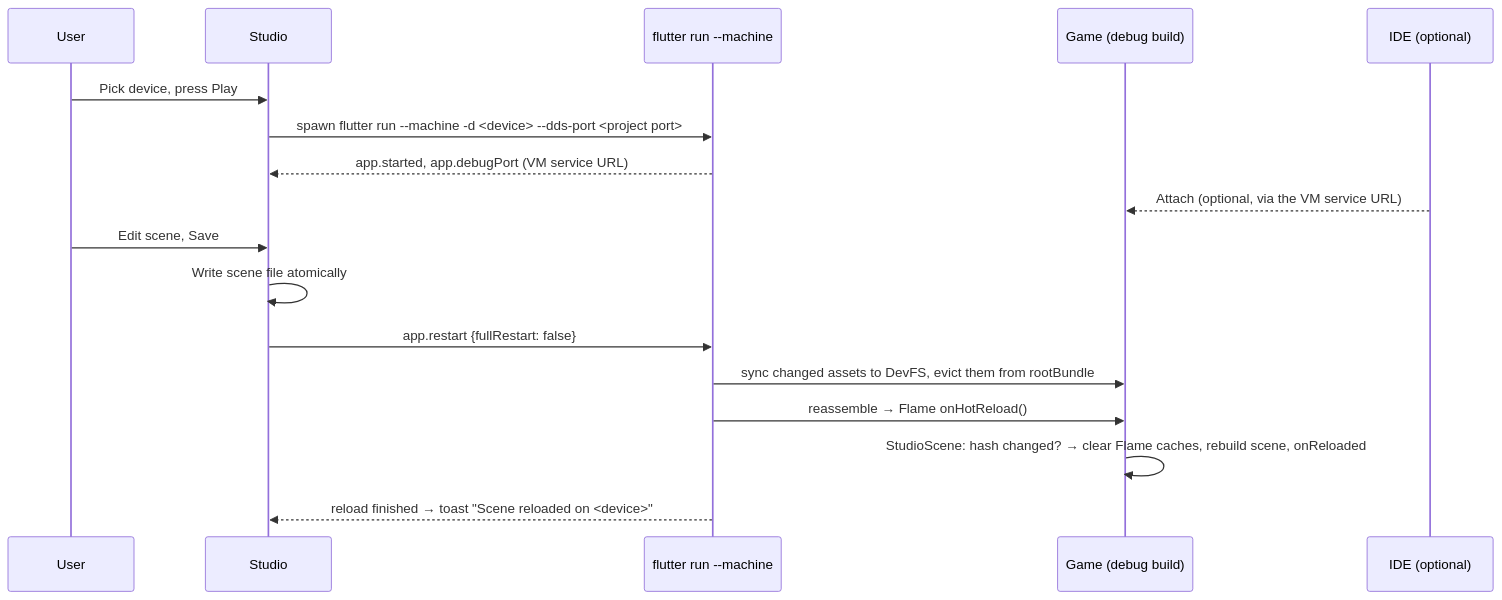
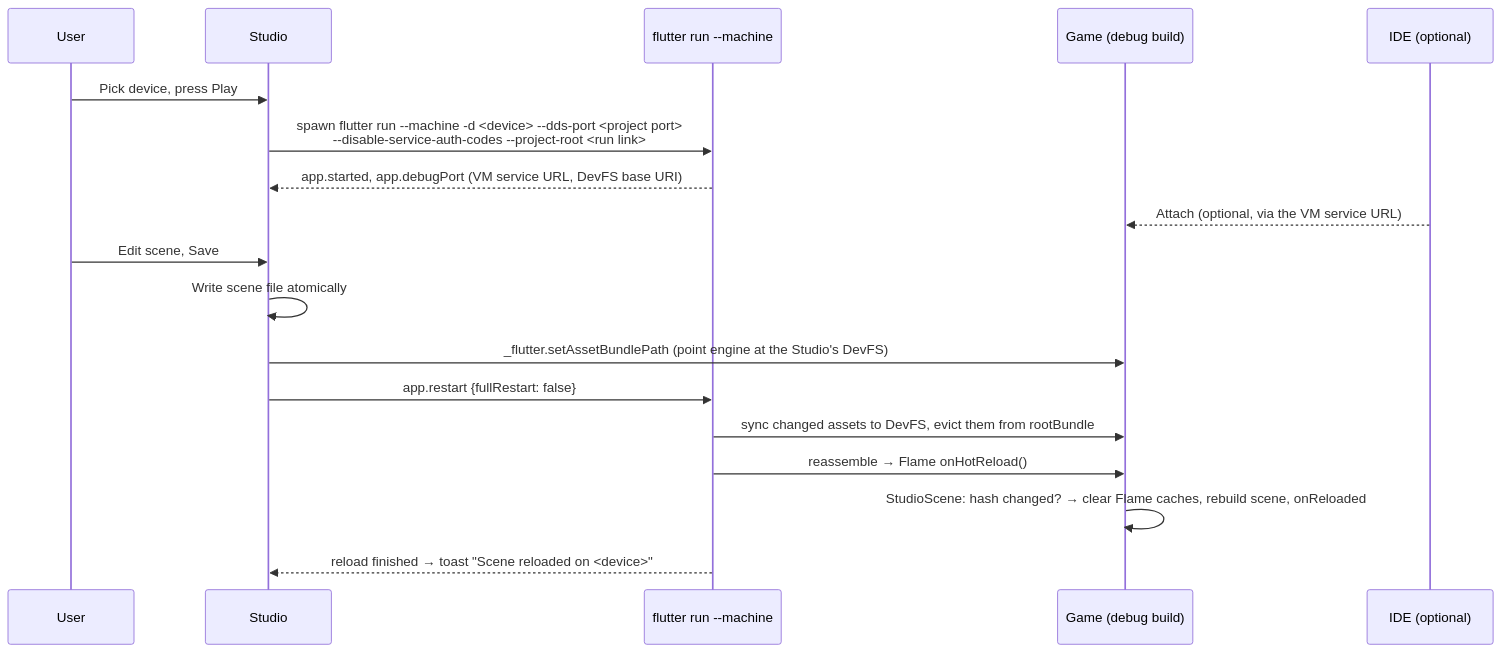
Before and after one commit to salah-rashad/flame_studio: the second of 2 diagrams in docs/project-plan.md, drawn with Mermaid. The commit also changed other lines of this file and 4 other files, not shown here.

First line of the commit message:
docs: adopt spike #1 attach workarounds and write ARCHITECTURE.md

````diff
--- a/docs/project-plan.md
+++ b/docs/project-plan.md
@@ -605,20 +605,21 @@
 ```mermaid
 sequenceDiagram
   participant U as User
   participant S as Studio
   participant F as flutter run --machine
   participant G as Game (debug build)
   participant I as IDE (optional)
 
   U->>S: Pick device, press Play
-  S->>F: spawn flutter run --machine -d <device> --dds-port <project port>
-  F-->>S: app.started, app.debugPort (VM service URL)
+  S->>F: spawn flutter run --machine -d <device> --dds-port <project port><br/>--disable-service-auth-codes --project-root <run link>
+  F-->>S: app.started, app.debugPort (VM service URL, DevFS base URI)
   I-->>G: Attach (optional, via the VM service URL)
   U->>S: Edit scene, Save
   S->>S: Write scene file atomically
+  S->>G: _flutter.setAssetBundlePath (point engine at the Studio's DevFS)
   S->>F: app.restart {fullRestart: false}
   F->>G: sync changed assets to DevFS, evict them from rootBundle
   F->>G: reassemble → Flame onHotReload()
   G->>G: StudioScene: hash changed? → clear Flame caches, rebuild scene, onReloaded
   F-->>S: reload finished → toast "Scene reloaded on <device>"
 ```
````
